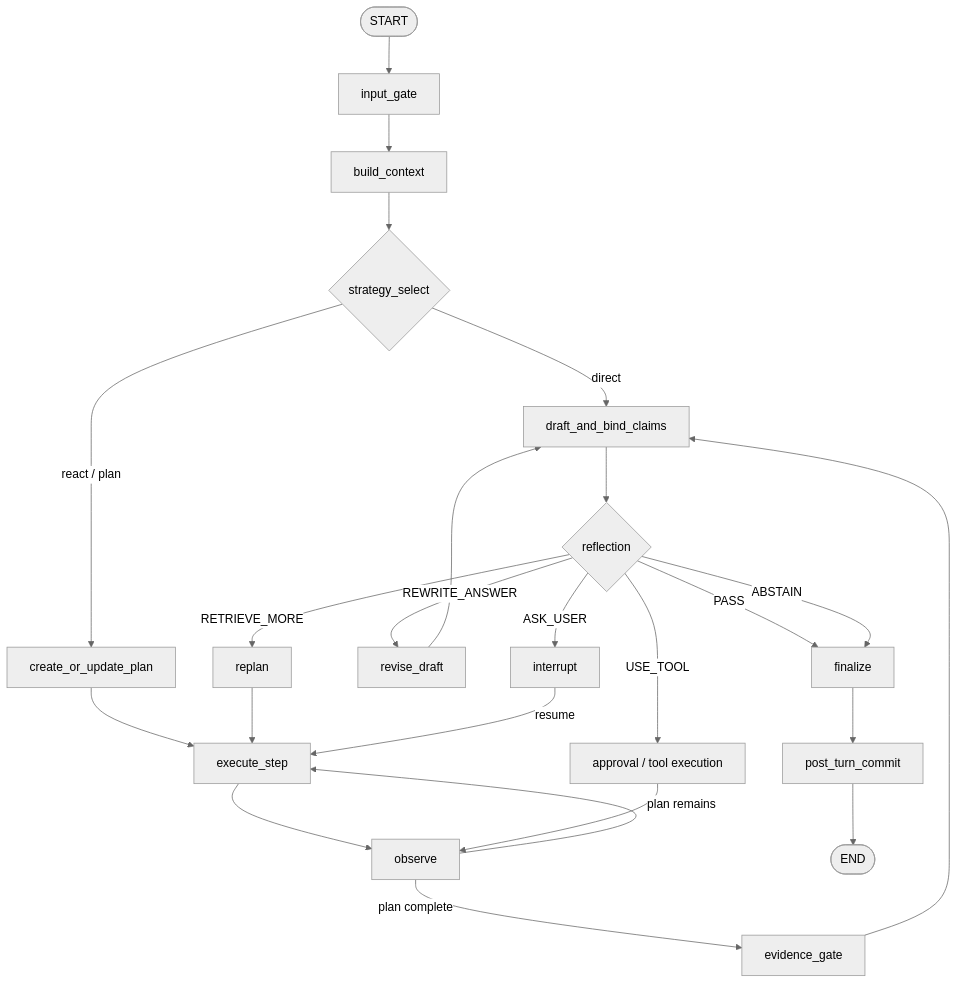
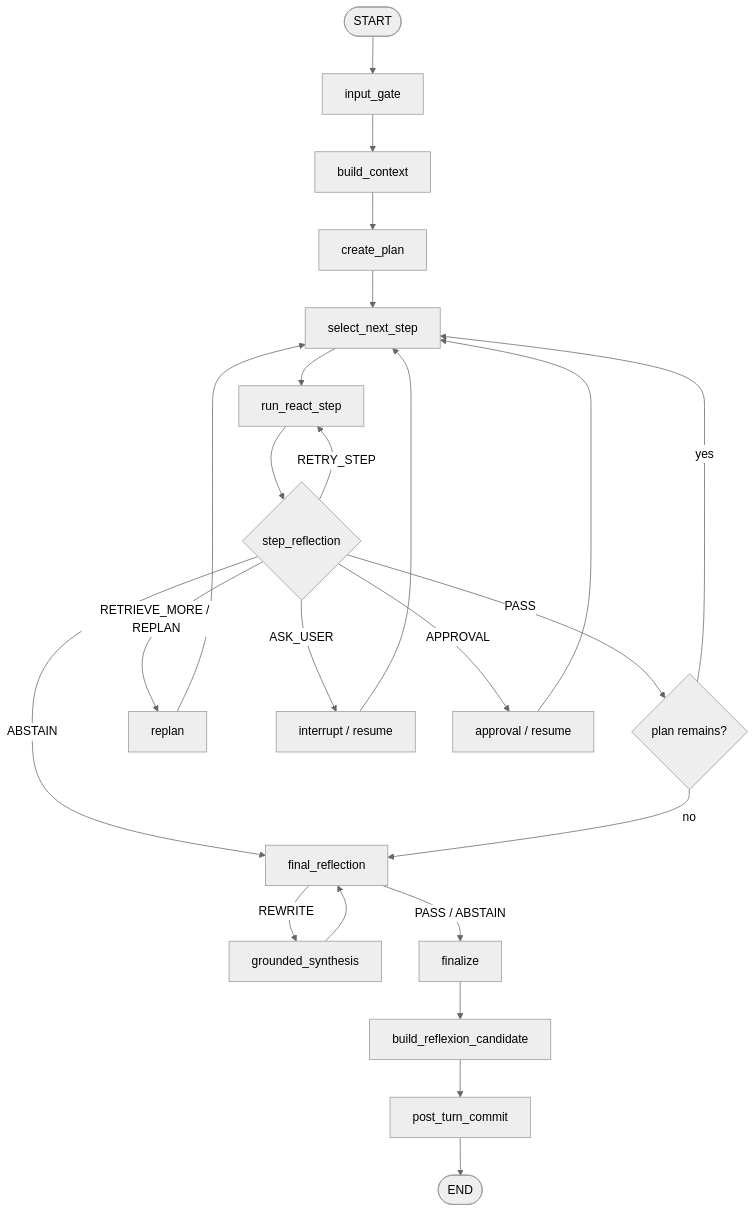
Before and after one commit to ProfessorZhi/Zuno: the second of 2 diagrams in docs/architecture/architecture.md, drawn with Mermaid (neutral theme). The commit also changed other lines of this file, not shown here.

Commit message:
Define event-driven Agentic GraphRAG target architecture

````diff
--- a/docs/architecture/architecture.md
+++ b/docs/architecture/architecture.md
@@ -194,16 +203,29 @@
 ```mermaid
 flowchart TB
-  Start([START]) --> Input[input_gate] --> Context[build_context] --> Strategy{strategy_select}
-  Strategy -->|direct| Draft[draft_and_bind_claims]
-  Strategy -->|react / plan| Plan[create_or_update_plan] --> Execute[execute_step] --> Observe[observe]
-  Observe -->|plan remains| Execute
-  Observe -->|plan complete| Evidence[evidence_gate] --> Draft --> Reflect{reflection}
-  Reflect -->|PASS| Finalize[finalize]
-  Reflect -->|REWRITE_ANSWER| Revise[revise_draft] --> Draft
-  Reflect -->|RETRIEVE_MORE| Replan[replan] --> Execute
-  Reflect -->|USE_TOOL| Tool[approval / tool execution] --> Observe
-  Reflect -->|ASK_USER| Interrupt[interrupt]
-  Interrupt -->|resume| Execute
-  Reflect -->|ABSTAIN| Finalize
-  Finalize --> Commit[post_turn_commit] --> End([END])
+    Start([START]) --> Input[input_gate]
+    Input --> Context[build_context]
+    Context --> Plan[create_plan]
+    Plan --> Select[select_next_step]
+    Select --> React[run_react_step]
+    React --> Reflect{step_reflection}
+
+    Reflect -->|PASS| More{plan remains?}
+    Reflect -->|RETRY_STEP| React
+    Reflect -->|RETRIEVE_MORE / REPLAN| Replan[replan]
+    Reflect -->|ASK_USER| Interrupt[interrupt / resume]
+    Reflect -->|APPROVAL| Approval[approval / resume]
+    Reflect -->|ABSTAIN| FinalReflect[final_reflection]
+
+    Replan --> Select
+    Interrupt --> Select
+    Approval --> Select
+    More -->|yes| Select
+    More -->|no| FinalReflect
+
+    FinalReflect -->|REWRITE| Synthesis[grounded_synthesis]
+    Synthesis --> FinalReflect
+    FinalReflect -->|PASS / ABSTAIN| Finalize[finalize]
+    Finalize --> Reflexion[build_reflexion_candidate]
+    Reflexion --> Commit[post_turn_commit]
+    Commit --> End([END])
 ```
````
